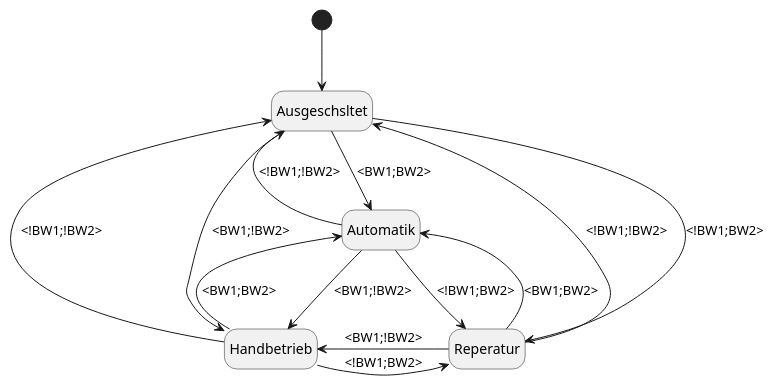
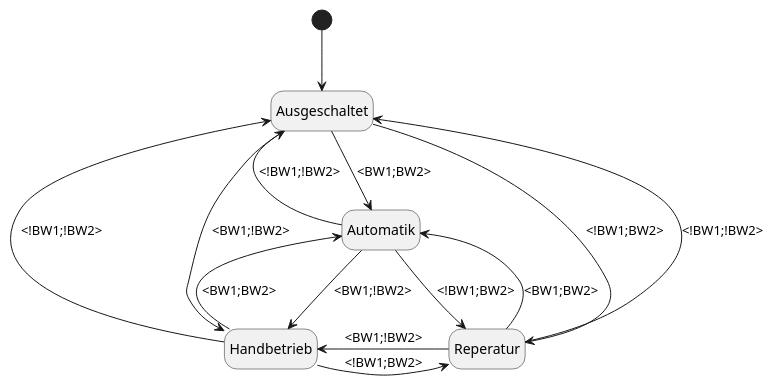
The diagram in Workspace_ART1-Tuersteuerung_2022.05/Tuersteuerung/UML/Automat_Betriebswahl.puml (duha887b/ART-1_Tuersteuerung), drawn with PlantUML before and after one commit.

```diff
--- a/Workspace_ART1-Tuersteuerung_2022.05/Tuersteuerung/UML/Automat_Betriebswahl.puml
+++ b/Workspace_ART1-Tuersteuerung_2022.05/Tuersteuerung/UML/Automat_Betriebswahl.puml
@@ -1,25 +1,25 @@
 @startuml
 hide empty description
 
-[*] --> Ausgeschsltet
-Ausgeschsltet  -down-> Reperatur : <!BW1;BW2>
-Ausgeschsltet  -down-> Automatik : <BW1;BW2>
-Ausgeschsltet  -down-> Handbetrieb : <BW1;!BW2>
+[*] --> Ausgeschaltet
+Ausgeschaltet  -right-> Reperatur : <!BW1;BW2>
+Ausgeschaltet  -down-> Automatik : <BW1;BW2>
+Ausgeschaltet  -down-> Handbetrieb : <BW1;!BW2>
 
 
-Ausgeschsltet  <- Reperatur : <!BW1;!BW2>
-Ausgeschsltet  <- Handbetrieb : <!BW1;!BW2>
-Ausgeschsltet  <- Automatik : <!BW1;!BW2>
+Ausgeschaltet  <- Reperatur : <!BW1;!BW2>
+Ausgeschaltet  <- Handbetrieb : <!BW1;!BW2>
+Ausgeschaltet  <- Automatik : <!BW1;!BW2>
 
 Reperatur --> Automatik : <BW1;BW2>
 Reperatur -left-> Handbetrieb : <BW1;!BW2>
 
 
 Reperatur <- Automatik : <!BW1;BW2>
 Reperatur <- Handbetrieb : <!BW1;BW2>
 
 Automatik --> Handbetrieb : <BW1;!BW2>
 
 Automatik <-- Handbetrieb : <BW1;BW2>
 
 @enduml
```
